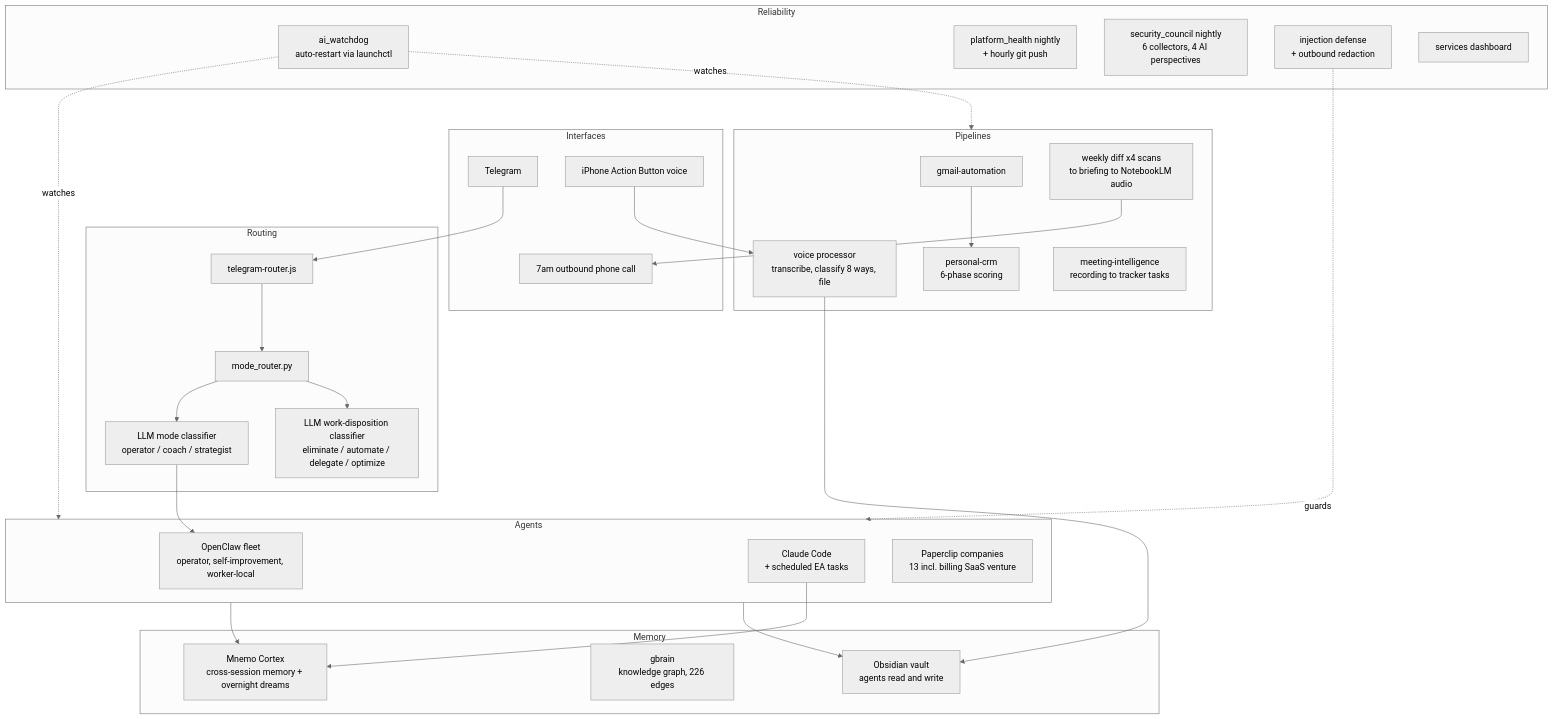
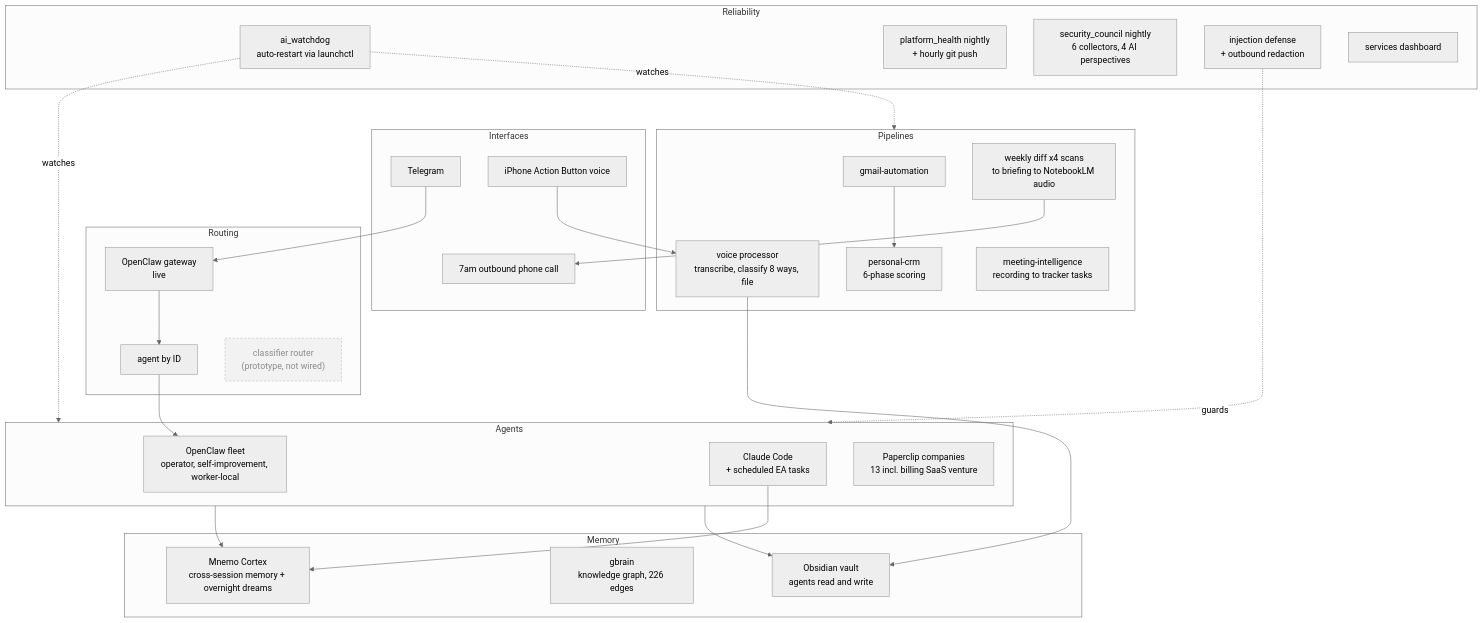
One commit to JustinTSmith/systems changed the diagram in README.md. Above: the diagram before and after it, drawn with Mermaid (neutral theme). The commit also changed other lines of this file, not shown here.

Commit message:
Correct: classifier router is a prototype, not live

````diff
--- a/README.md
+++ b/README.md
@@ -13,52 +13,52 @@
 ```mermaid
 flowchart TD
     subgraph Interfaces
         TG[Telegram]
         AB[iPhone Action Button voice]
         CALL[7am outbound phone call]
     end
 
     subgraph Routing
-        TR[telegram-router.js] --> MR[mode_router.py]
-        MR --> MC[LLM mode classifier<br/>operator / coach / strategist]
-        MR --> LC[LLM work-disposition classifier<br/>eliminate / automate / delegate / optimize]
+        GW[OpenClaw gateway<br/>live] --> AG[agent by ID]
+        MR["classifier router<br/>(prototype, not wired)"]:::proto
     end
+    classDef proto stroke-dasharray: 4 3,opacity:0.65
 
     subgraph Agents
         OC[OpenClaw fleet<br/>operator, self-improvement, worker-local]
         CC[Claude Code<br/>+ scheduled EA tasks]
         PC[Paperclip companies<br/>13 incl. billing SaaS venture]
     end
 
     subgraph Memory
         MN[Mnemo Cortex<br/>cross-session memory + overnight dreams]
         GB[gbrain<br/>knowledge graph, 226 edges]
         OB[Obsidian vault<br/>agents read and write]
     end
 
     subgraph Pipelines
         GM[gmail-automation] --> CRM[personal-crm<br/>6-phase scoring]
         VP[voice processor<br/>transcribe, classify 8 ways, file]
         WB[weekly diff x4 scans<br/>to briefing to NotebookLM audio]
         MI[meeting-intelligence<br/>recording to tracker tasks]
     end
 
     subgraph Reliability
         WD[ai_watchdog<br/>auto-restart via launchctl]
         PH[platform_health nightly<br/>+ hourly git push]
         SC[security_council nightly<br/>6 collectors, 4 AI perspectives]
         SEC[injection defense<br/>+ outbound redaction]
         DASH[services dashboard]
     end
 
-    TG --> TR
+    TG --> GW
     AB --> VP --> OB
     Agents --> MN
     Agents --> OB
-    MC --> OC
+    AG --> OC
     CC --> MN
     WB --> CALL
     WD -.watches.-> Agents
     WD -.watches.-> Pipelines
     SEC -.guards.-> Agents
 ```
````
